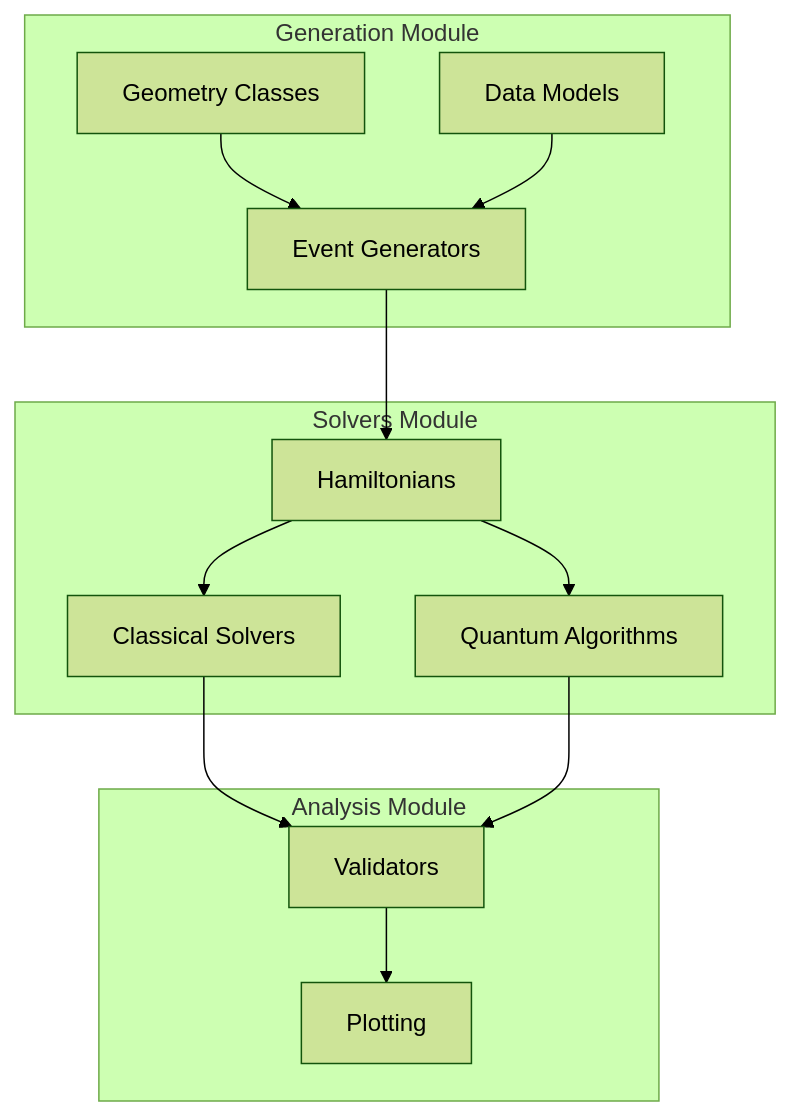
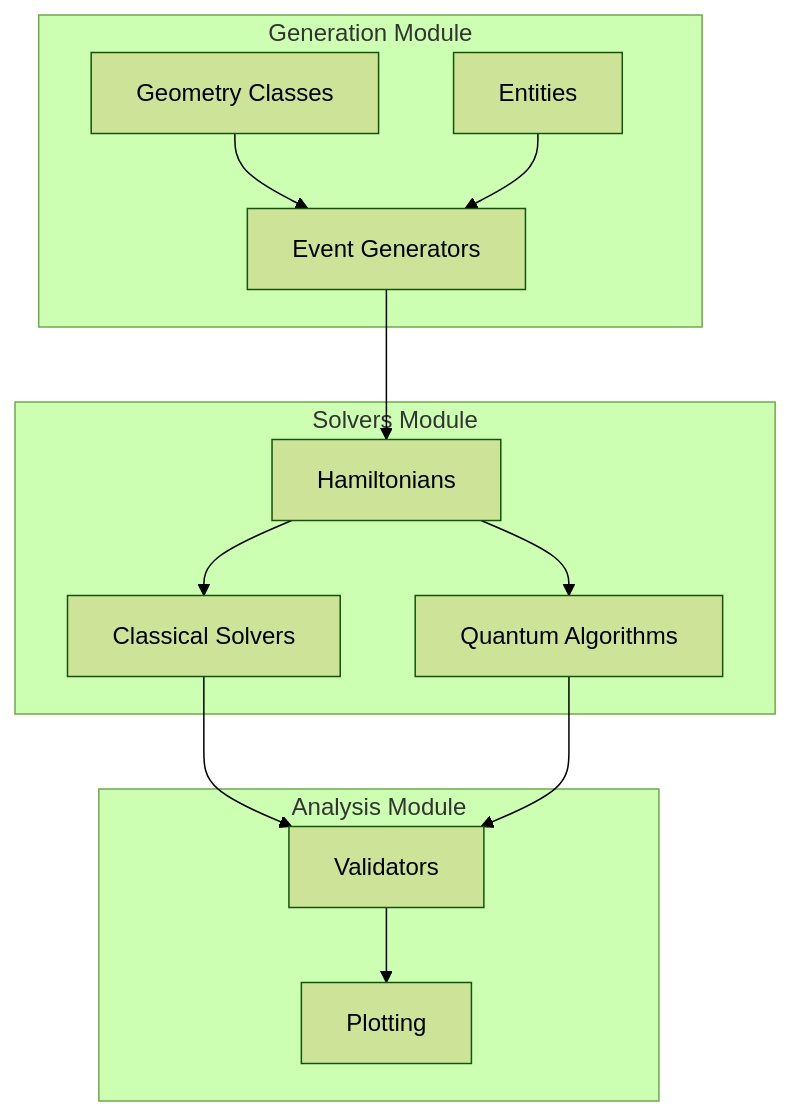
Before and after one commit to GeorgeWilliam1999/LHCb_VeLo_Toy_Model: the first of 13 diagrams in docs/FLOW_DIAGRAMS.md, drawn with Mermaid (forest theme). The commit also changed other lines of this file and 32 other files, not shown here.

First line of the commit message:
refactor: rename generation/models to generation/entities

````diff
--- a/docs/FLOW_DIAGRAMS.md
+++ b/docs/FLOW_DIAGRAMS.md
@@ -23,28 +23,28 @@
 ```mermaid
 graph TB
     subgraph generation["Generation Module"]
         GEO[Geometry Classes]
         EVG[Event Generators]
-        DAT[Data Models]
+        DAT[Entities]
     end
     
     subgraph solvers["Solvers Module"]
         HAM[Hamiltonians]
         CLS[Classical Solvers]
         QUA[Quantum Algorithms]
     end
     
     subgraph analysis["Analysis Module"]
         VAL[Validators]
         PLT[Plotting]
     end
     
     GEO --> EVG
     DAT --> EVG
     EVG --> HAM
     HAM --> CLS
     HAM --> QUA
     CLS --> VAL
     QUA --> VAL
     VAL --> PLT
 ```
````
